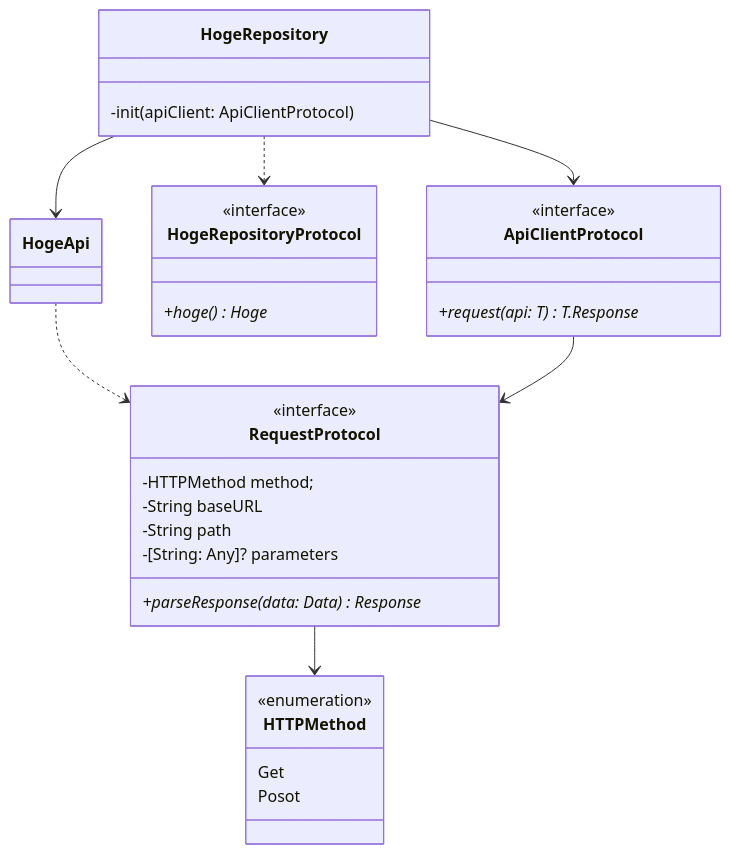
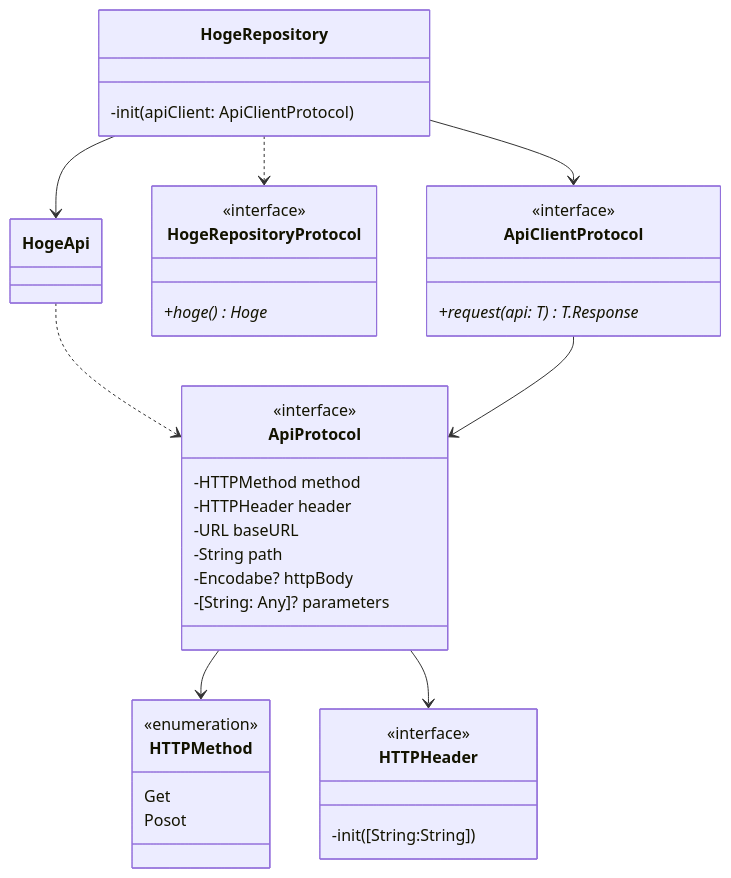
One commit to tony1224/SwiftAPIClient_Old changed the diagram in README.md. Above: the diagram before and after it, drawn with Mermaid. The commit also changed 2 other files, not shown here.

````diff
--- a/README.md
+++ b/README.md
@@ -7,34 +7,40 @@
 ```mermaid
 classDiagram
 class HogeApi { }
 class HogeRepositoryProtocol {
     <<interface>>
     +hoge()* Hoge
 }
 class HogeRepository {
     -init(apiClient: ApiClientProtocol) 
 }
 class ApiClientProtocol {
     <<interface>>
     +request<T: RequestProtocol>(api: T)* T.Response
 }
-class RequestProtocol {
-    <<interface>>
-    -HTTPMethod method;
-    -String baseURL
+class ApiProtocol {
+    <<interface>> 
+    -HTTPMethod method
+	-HTTPHeader header
+    -URL baseURL
     -String path
+	-Encodabe? httpBody 
     -[String: Any]? parameters
-    +parseResponse(data: Data)* Response
 }
 class HTTPMethod {
     <<enumeration>>
     Get
     Posot
 }
-HogeApi ..> RequestProtocol
+class HTTPHeader {
+	<<interface>>
+	-init([String:String])
+}
+HogeApi ..> ApiProtocol
 HogeRepository ..> HogeRepositoryProtocol
 HogeRepository --> HogeApi
 HogeRepository --> ApiClientProtocol
-ApiClientProtocol --> RequestProtocol
-RequestProtocol --> HTTPMethod
+ApiClientProtocol --> ApiProtocol
+ApiProtocol --> HTTPMethod
+ApiProtocol --> HTTPHeader
 ```
````
